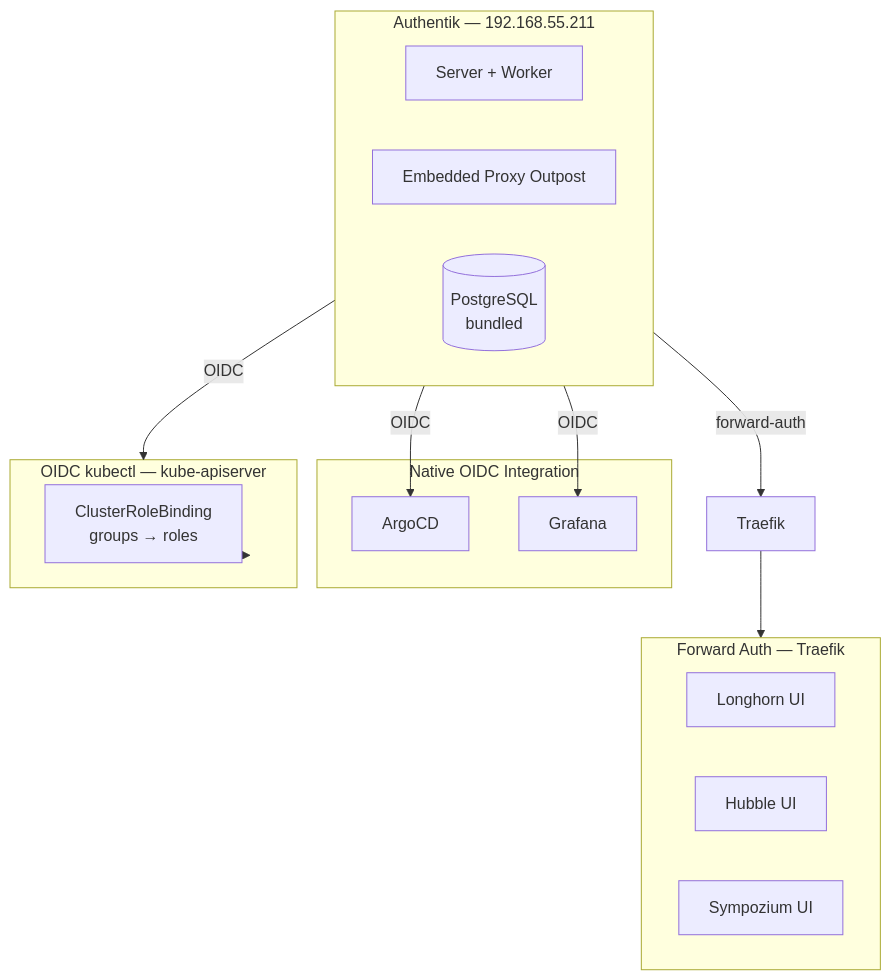
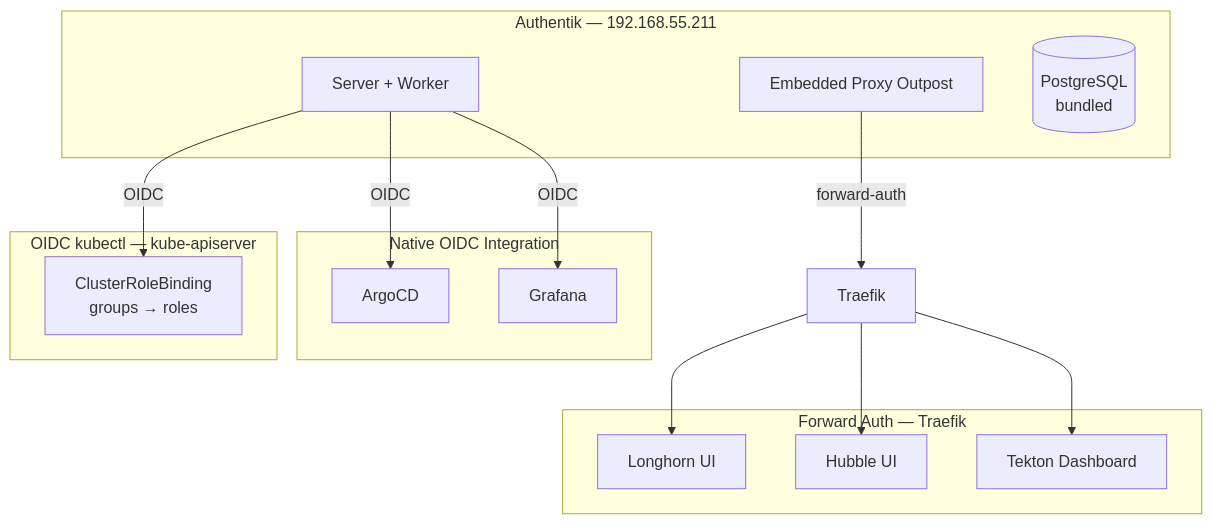
The diagram in blog/content/docs/building/13-unified-auth/index.md (derio-net/frank), drawn with Mermaid before and after one commit. The commit also changed other lines of this file and 52 other files, not shown here.

````diff
--- a/blog/content/docs/building/13-unified-auth/index.md
+++ b/blog/content/docs/building/13-unified-auth/index.md
@@ -21,27 +21,28 @@
 ```mermaid
 flowchart TD
   subgraph IdP[Authentik — 192.168.55.211]
     Server[Server + Worker]
     Outpost[Embedded Proxy Outpost]
     PG[(PostgreSQL<br/>bundled)]
   end
   subgraph OIDC[Native OIDC Integration]
     ArgoCD[ArgoCD]
     Grafana[Grafana]
   end
   subgraph Proxy[Forward Auth — Traefik]
     Longhorn[Longhorn UI]
     Hubble[Hubble UI]
-    Sympozium[Sympozium UI]
+    Tekton[Tekton Dashboard]
   end
   subgraph K8s[OIDC kubectl — kube-apiserver]
     RBAC[ClusterRoleBinding<br/>groups → roles]
   end
 
-  IdP -->|OIDC| ArgoCD
-  IdP -->|OIDC| Grafana
-  IdP -->|forward-auth| Traefik
-  Traefik --> Proxy
-  IdP -->|OIDC| K8s
-  K8s --> RBAC
+  Server -->|OIDC| ArgoCD
+  Server -->|OIDC| Grafana
+  Outpost -->|forward-auth| Traefik
+  Traefik --> Longhorn
+  Traefik --> Hubble
+  Traefik --> Tekton
+  Server -->|OIDC| RBAC
 ```
````
